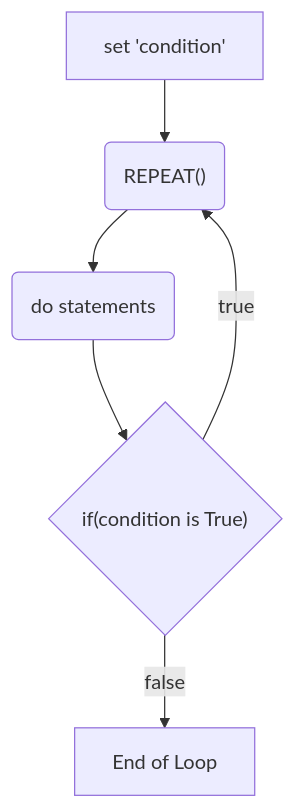
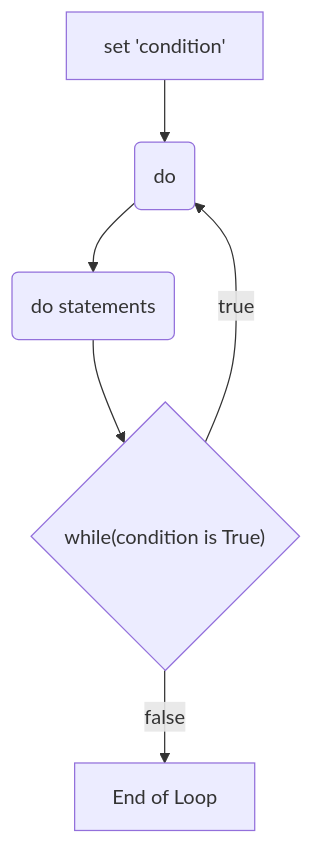
The first of 2 diagrams in 5posttest/README.md (amydevs/php-assignments), drawn with Mermaid before and after one commit. The commit also changed other lines of this file and 3 other files, not shown here.

````diff
--- a/5posttest/README.md
+++ b/5posttest/README.md
@@ -13,10 +13,10 @@
 ```mermaid
 graph TD
 	set["set 'condition'"]
-	repeat("REPEAT()")
-	if{"if(condition is True)"}
+	repeat("do")
+	if{"while(condition is True)"}
 	do("do statements")
 	endofloop["End of Loop"]
 	set --> repeat --> do --> if -- true --> repeat
 	if -- false --> endofloop
 ```
````
